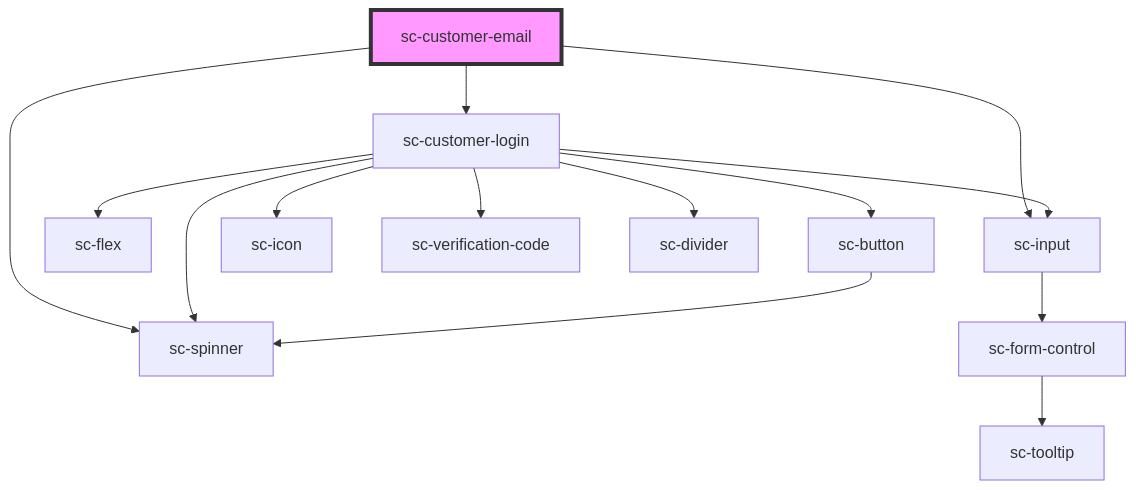
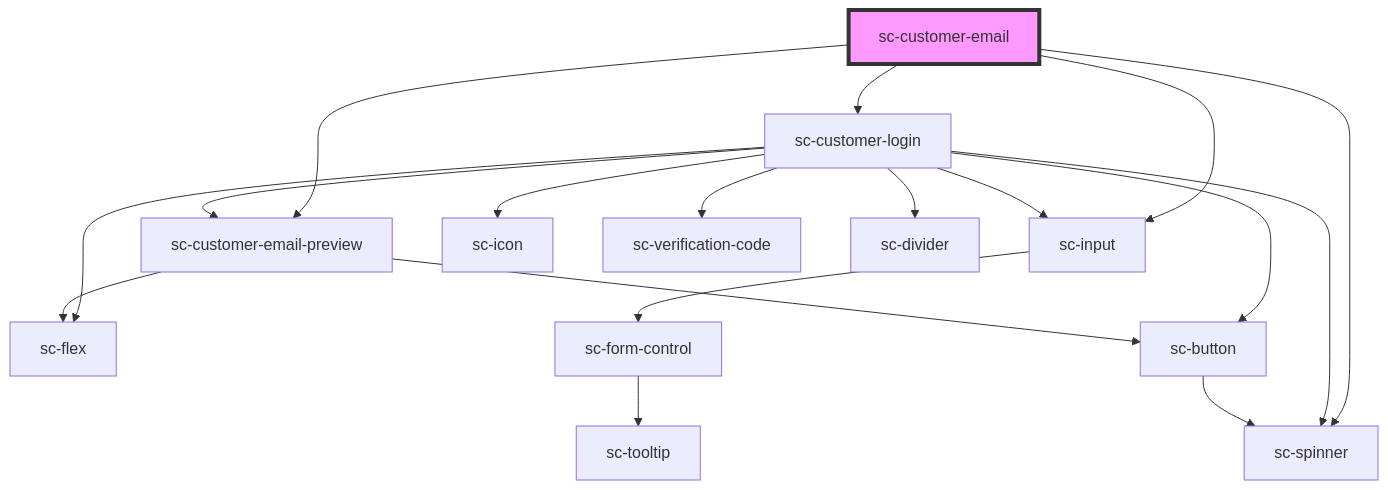
Before and after one commit to surecart/surecart-wp-plugin: the diagram in packages/components/src/components/controllers/checkout-form/customer-email/readme.md, drawn with Mermaid. The commit also changed other lines of this file and 13 other files, not shown here.

````diff
--- a/packages/components/src/components/controllers/checkout-form/customer-email/readme.md
+++ b/packages/components/src/components/controllers/checkout-form/customer-email/readme.md
@@ -64,17 +65,21 @@
 ```mermaid
 graph TD;
   sc-customer-email --> sc-customer-login
+  sc-customer-email --> sc-customer-email-preview
   sc-customer-email --> sc-input
   sc-customer-email --> sc-spinner
   sc-customer-login --> sc-flex
   sc-customer-login --> sc-input
   sc-customer-login --> sc-button
   sc-customer-login --> sc-icon
   sc-customer-login --> sc-verification-code
   sc-customer-login --> sc-spinner
+  sc-customer-login --> sc-customer-email-preview
   sc-customer-login --> sc-divider
   sc-input --> sc-form-control
   sc-form-control --> sc-tooltip
   sc-button --> sc-spinner
+  sc-customer-email-preview --> sc-flex
+  sc-customer-email-preview --> sc-button
   style sc-customer-email fill:#f9f,stroke:#333,stroke-width:4px
 ```
````
